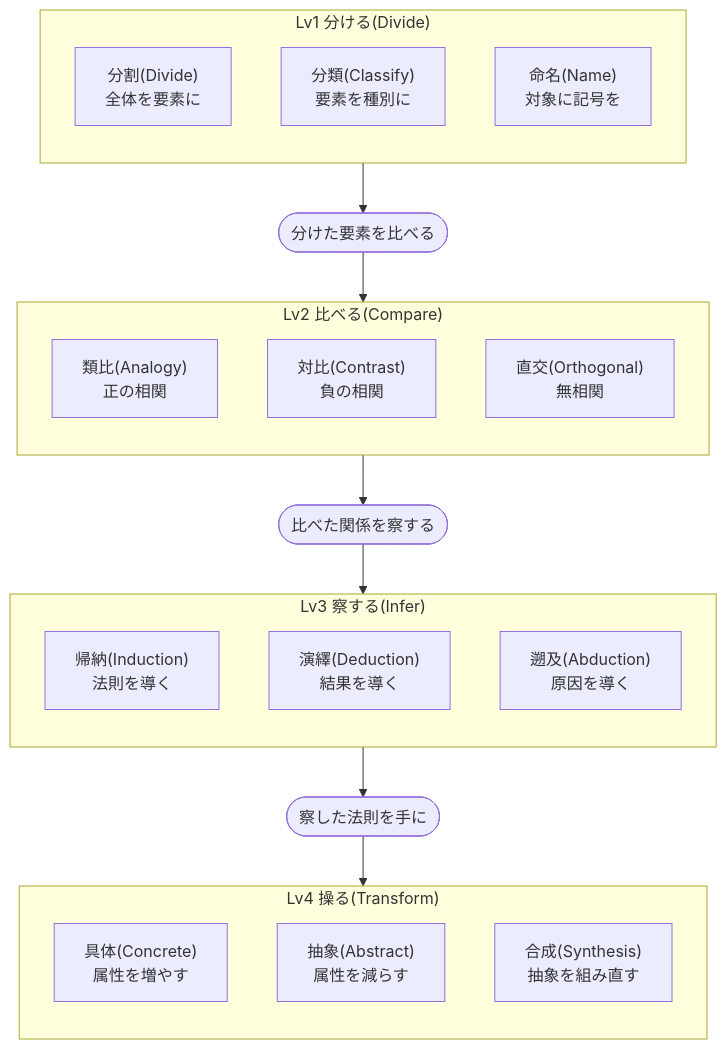
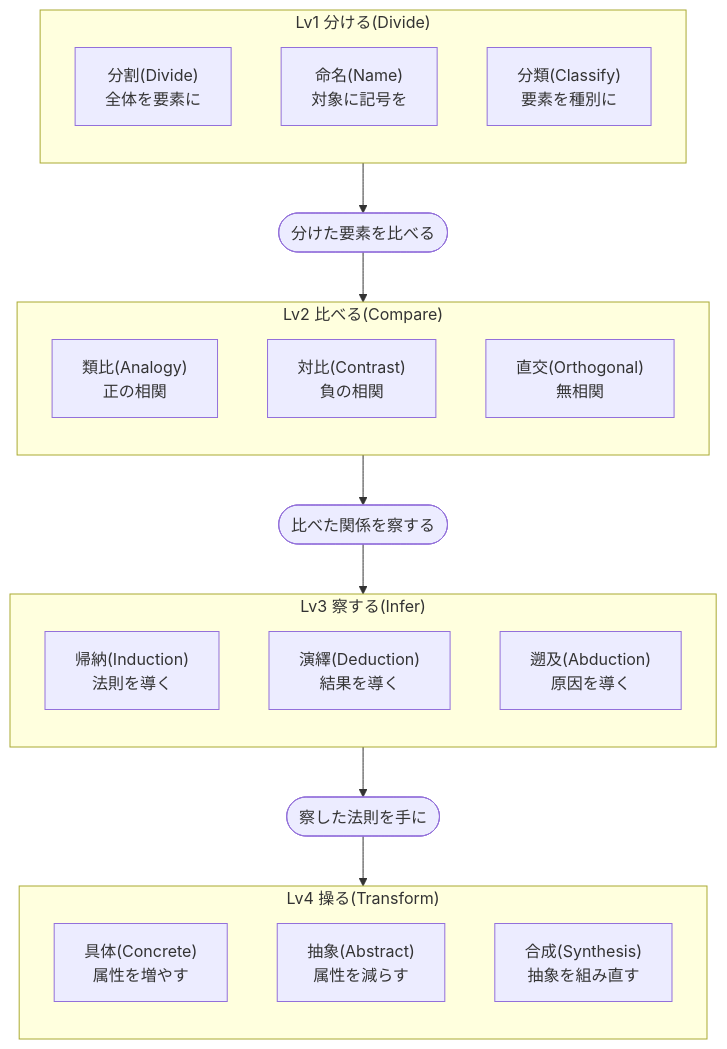
One commit to GoodRelax/gr-whiteboard changed the diagram in skills/four-forms/data/forms-ja.mmd. Above: the diagram before and after it, drawn with Mermaid. The commit also changed other lines of this file and 9 other files, not shown here.

```diff
--- a/skills/four-forms/data/forms-ja.mmd
+++ b/skills/four-forms/data/forms-ja.mmd
@@ -1,33 +1,33 @@
 graph TB
     subgraph F1 ["Lv1 分ける(Divide)"]
         direction TB
         F1a["分割(Divide)<br/>全体を要素に"]
+        F1c["命名(Name)<br/>対象に記号を"]
         F1b["分類(Classify)<br/>要素を種別に"]
-        F1c["命名(Name)<br/>対象に記号を"]
     end
     S1(["分けた要素を比べる"])
 
     subgraph F2 ["Lv2 比べる(Compare)"]
         direction TB
         F2a["類比(Analogy)<br/>正の相関"]
         F2b["対比(Contrast)<br/>負の相関"]
         F2c["直交(Orthogonal)<br/>無相関"]
     end
     S2(["比べた関係を察する"])
 
     subgraph F3 ["Lv3 察する(Infer)"]
         direction TB
         F3a["帰納(Induction)<br/>法則を導く"]
         F3b["演繹(Deduction)<br/>結果を導く"]
         F3c["遡及(Abduction)<br/>原因を導く"]
     end
     S3(["察した法則を手に"])
 
     subgraph F4 ["Lv4 操る(Transform)"]
         direction TB
         F4a["具体(Concrete)<br/>属性を増やす"]
         F4b["抽象(Abstract)<br/>属性を減らす"]
         F4c["合成(Synthesis)<br/>抽象を組み直す"]
     end
 
     F1 --> S1 --> F2 --> S2 --> F3 --> S3 --> F4
```
